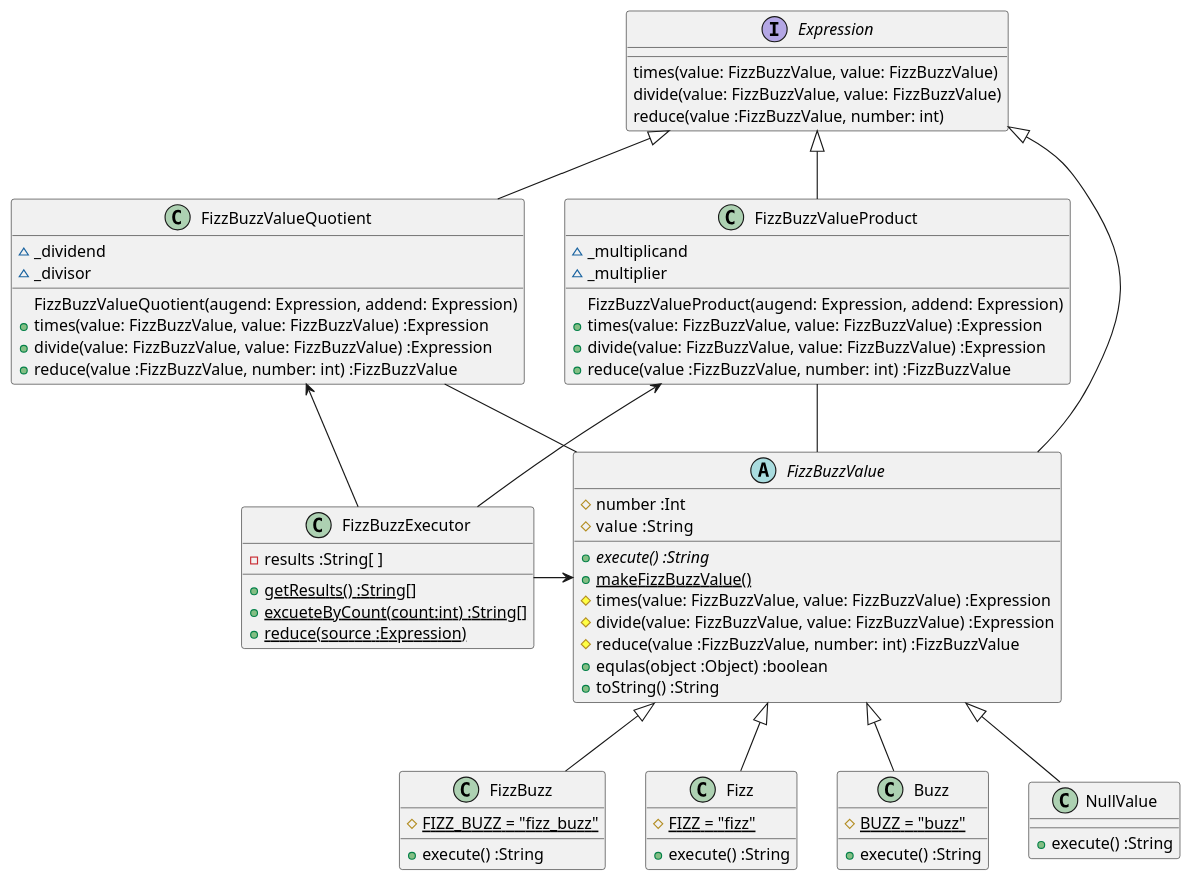
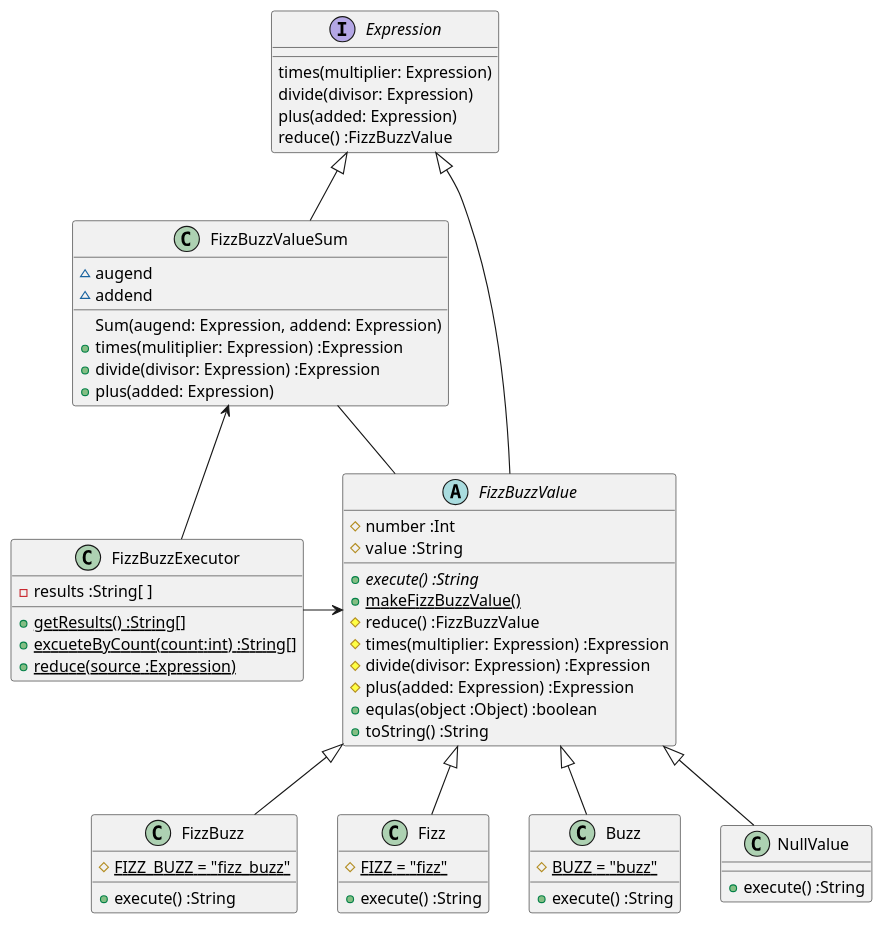
One commit to k2works/etude_for_java changed the first of 7 diagrams in docs/src/fizzbuzz.md. Above: the diagram before and after it, drawn with PlantUML. The commit also changed other lines of this file and 10 other files, not shown here.

````diff
--- a/docs/src/fizzbuzz.md
+++ b/docs/src/fizzbuzz.md
@@ -37,70 +38,61 @@
 ```puml
 @startuml
 class FizzBuzzExecutor {
   -results :String[ ]
   +{static}getResults() :String[]  
   +{static}excueteByCount(count:int) :String[]
   +{static}reduce(source :Expression)
 }
 abstract class FizzBuzzValue {
   #number :Int
   #value  :String
   +{abstract}execute() :String
   +{static} makeFizzBuzzValue()
-  #times(value: FizzBuzzValue, value: FizzBuzzValue) :Expression
-  #divide(value: FizzBuzzValue, value: FizzBuzzValue) :Expression
-  #reduce(value :FizzBuzzValue, number: int) :FizzBuzzValue
+  #reduce() :FizzBuzzValue
+  #times(multiplier: Expression) :Expression
+  #divide(divisor: Expression) :Expression
+  #plus(added: Expression) :Expression  
   +equlas(object :Object) :boolean
   +toString() :String
 }
 class FizzBuzz {
   #{static} FIZZ_BUZZ = "fizz_buzz"
   +execute() :String
 }
 class Fizz {
   #{static} FIZZ = "fizz"
   +execute() :String
 }
 class Buzz {
   #{static} BUZZ = "buzz"  
   +execute() :String  
 }
 class NullValue {
   +execute() :String  
 }
-class FizzBuzzValueProduct {
-  ~_multiplicand
-  ~_multiplier
-  FizzBuzzValueProduct(augend: Expression, addend: Expression)
-  +times(value: FizzBuzzValue, value: FizzBuzzValue) :Expression
-  +divide(value: FizzBuzzValue, value: FizzBuzzValue) :Expression
-  +reduce(value :FizzBuzzValue, number: int) :FizzBuzzValue
-}
-class FizzBuzzValueQuotient {
-  ~_dividend
-  ~_divisor
-  FizzBuzzValueQuotient(augend: Expression, addend: Expression)
-  +times(value: FizzBuzzValue, value: FizzBuzzValue) :Expression  
-  +divide(value: FizzBuzzValue, value: FizzBuzzValue) :Expression
-  +reduce(value :FizzBuzzValue, number: int) :FizzBuzzValue
+class FizzBuzzValueSum {
+  ~augend
+  ~addend
+  Sum(augend: Expression, addend: Expression)
+  +times(mulitiplier: Expression) :Expression
+  +divide(divisor: Expression) :Expression
+  +plus(added: Expression)
 }
 interface Expression {
-  times(value: FizzBuzzValue, value: FizzBuzzValue)
-  divide(value: FizzBuzzValue, value: FizzBuzzValue)
-  reduce(value :FizzBuzzValue, number: int)
+  times(multiplier: Expression)
+  divide(divisor: Expression)
+  plus(added: Expression)
+  reduce() :FizzBuzzValue
 }
 FizzBuzzExecutor -> FizzBuzzValue
 FizzBuzzValue <|-- Fizz
 FizzBuzzValue <|-- Buzz
 FizzBuzzValue <|-- FizzBuzz
 FizzBuzzValue <|-- NullValue
-FizzBuzzValueProduct -- FizzBuzzValue
-FizzBuzzValueProduct <- FizzBuzzExecutor
-FizzBuzzValueQuotient - FizzBuzzValue
-FizzBuzzValueQuotient <-- FizzBuzzExecutor
+FizzBuzzValueSum -- FizzBuzzValue
+FizzBuzzValueSum <- FizzBuzzExecutor
 Expression <|- FizzBuzzValue
-Expression <|-- FizzBuzzValueProduct
-Expression <|-- FizzBuzzValueQuotient
+Expression <|-- FizzBuzzValueSum
 
 @enduml
 ```
````
